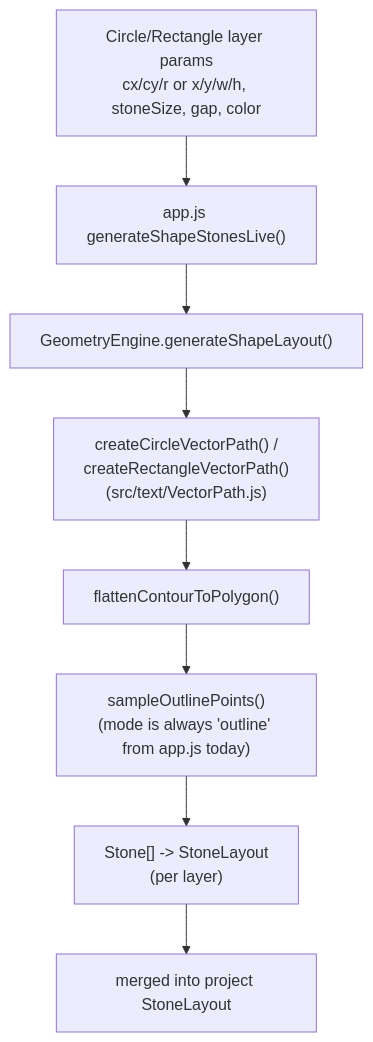
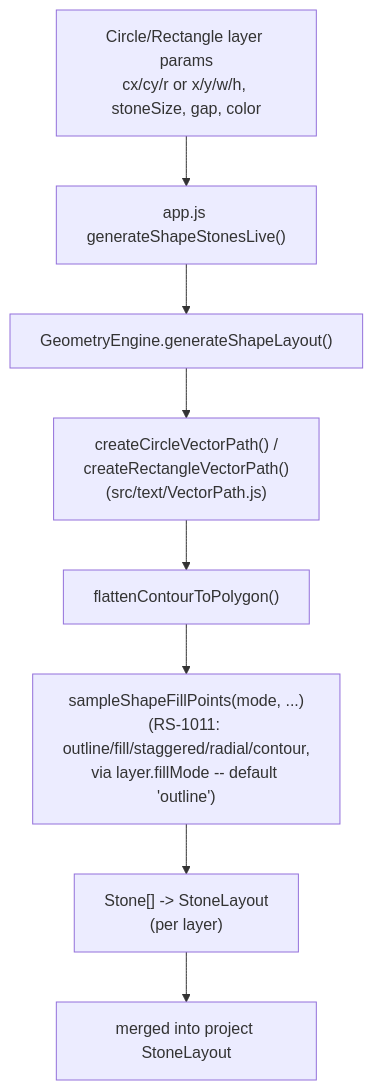
One commit to alexdruk/Rhinestone-Studio changed the fourth of 6 diagrams in docs/ARCHITECTURE.md. Above: the diagram before and after it, drawn with Mermaid. The commit also changed other lines of this file and 21 other files, not shown here.

First line of the commit message:
feat(geometry): Fill Algorithms — Grid/Staggered/Radial/Contour Fill (RS-1011)

````diff
--- a/docs/ARCHITECTURE.md
+++ b/docs/ARCHITECTURE.md
@@ -832,13 +833,13 @@
 ```mermaid
 flowchart TD
     Layer["Circle/Rectangle layer params\ncx/cy/r or x/y/w/h, stoneSize, gap, color"]
     Resolve["app.js generateShapeStonesLive()"]
     PermGen["GeometryEngine.generateShapeLayout()"]
     VPCreate["createCircleVectorPath() /\ncreateRectangleVectorPath()\n(src/text/VectorPath.js)"]
     Flatten["flattenContourToPolygon()"]
-    Sample["sampleOutlinePoints()\n(mode is always 'outline' from app.js today)"]
+    Sample["sampleShapeFillPoints(mode, ...)\n(RS-1011: outline/fill/staggered/radial/contour,\nvia layer.fillMode -- default 'outline')"]
     Stones["Stone[] -> StoneLayout\n(per layer)"]
     Merge["merged into project StoneLayout"]
 
     Layer --> Resolve --> PermGen --> VPCreate --> Flatten --> Sample --> Stones --> Merge
 ```
````
